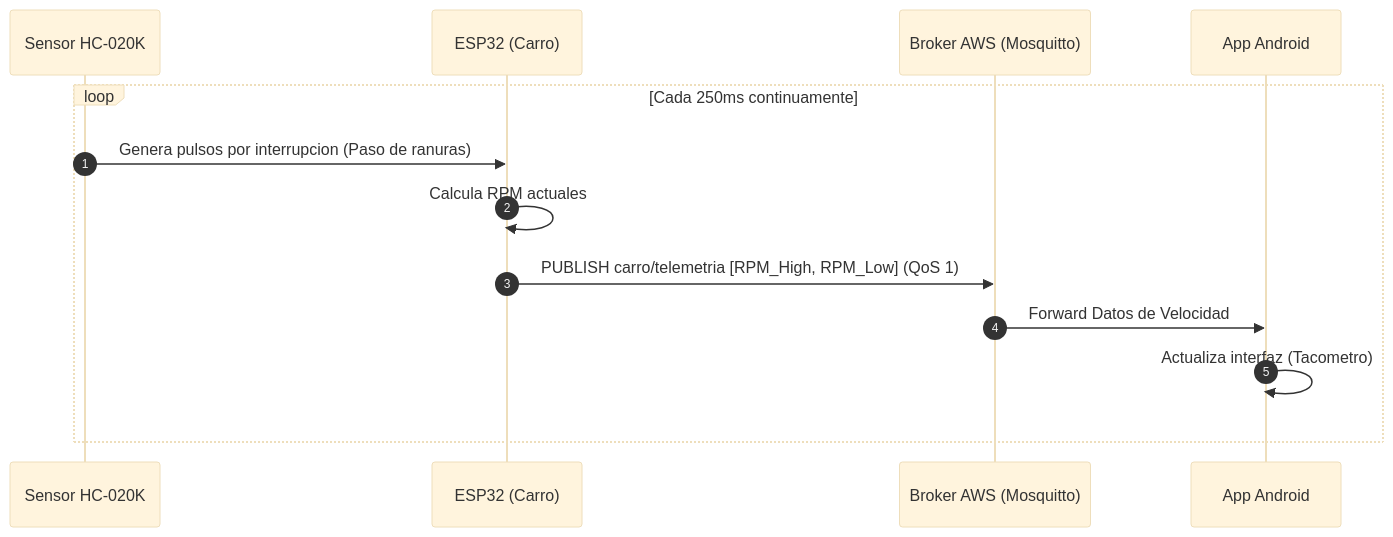
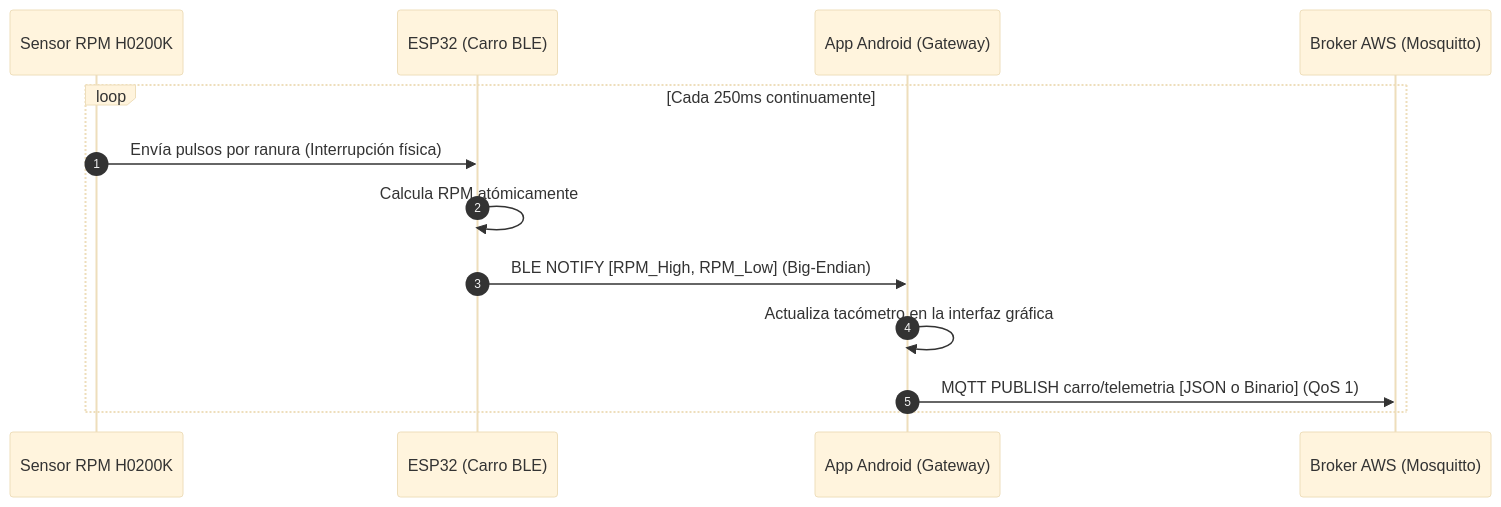
The third of 5 diagrams in README.md (JuanLopezM31/IoT-FinalProject), drawn with Mermaid (base theme) before and after one commit. The commit also changed other lines of this file, not shown here.

First line of the commit message:
Revise README for BLE integration and system architecture

````diff
--- a/README.md
+++ b/README.md
@@ -131,16 +114,16 @@
 ```mermaid
 sequenceDiagram
     autonumber
-    participant Sensor as Sensor HC-020K
-    participant ESP as ESP32 (Carro)
+    participant Sensor as Sensor RPM H0200K
+    participant ESP as ESP32 (Carro BLE)
+    participant App as App Android (Gateway)
     participant Broker as Broker AWS (Mosquitto)
-    participant App as App Android
 
     loop Cada 250ms continuamente
-        Sensor->>ESP: Genera pulsos por interrupcion (Paso de ranuras)
-        ESP->>ESP: Calcula RPM actuales
-        ESP->>Broker: PUBLISH carro/telemetria [RPM_High, RPM_Low] (QoS 1)
-        Broker->>App: Forward Datos de Velocidad
-        App->>App: Actualiza interfaz (Tacometro)
+        Sensor->>ESP: Envía pulsos por ranura (Interrupción física)
+        ESP->>ESP: Calcula RPM atómicamente
+        ESP->>App: BLE NOTIFY [RPM_High, RPM_Low] (Big-Endian)
+        App->>App: Actualiza tacómetro en la interfaz gráfica
+        App->>Broker: MQTT PUBLISH carro/telemetria [JSON o Binario] (QoS 1)
     end
 ```
````
